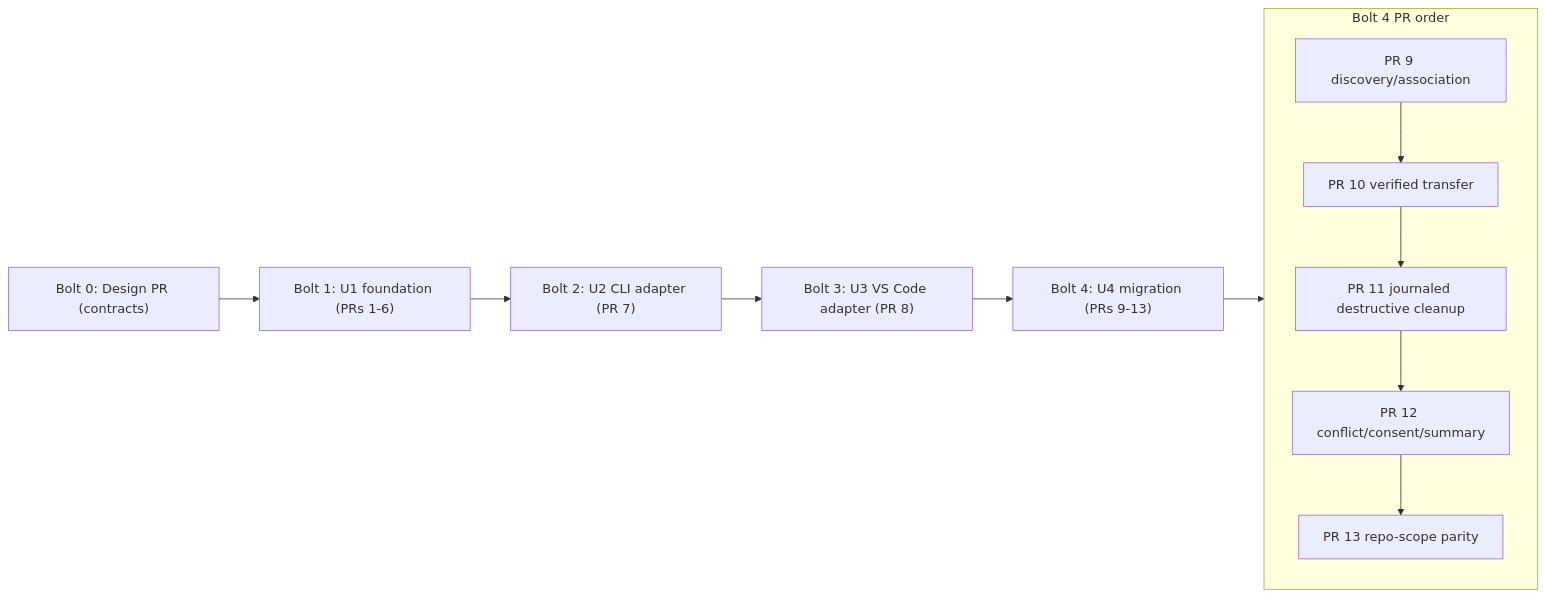
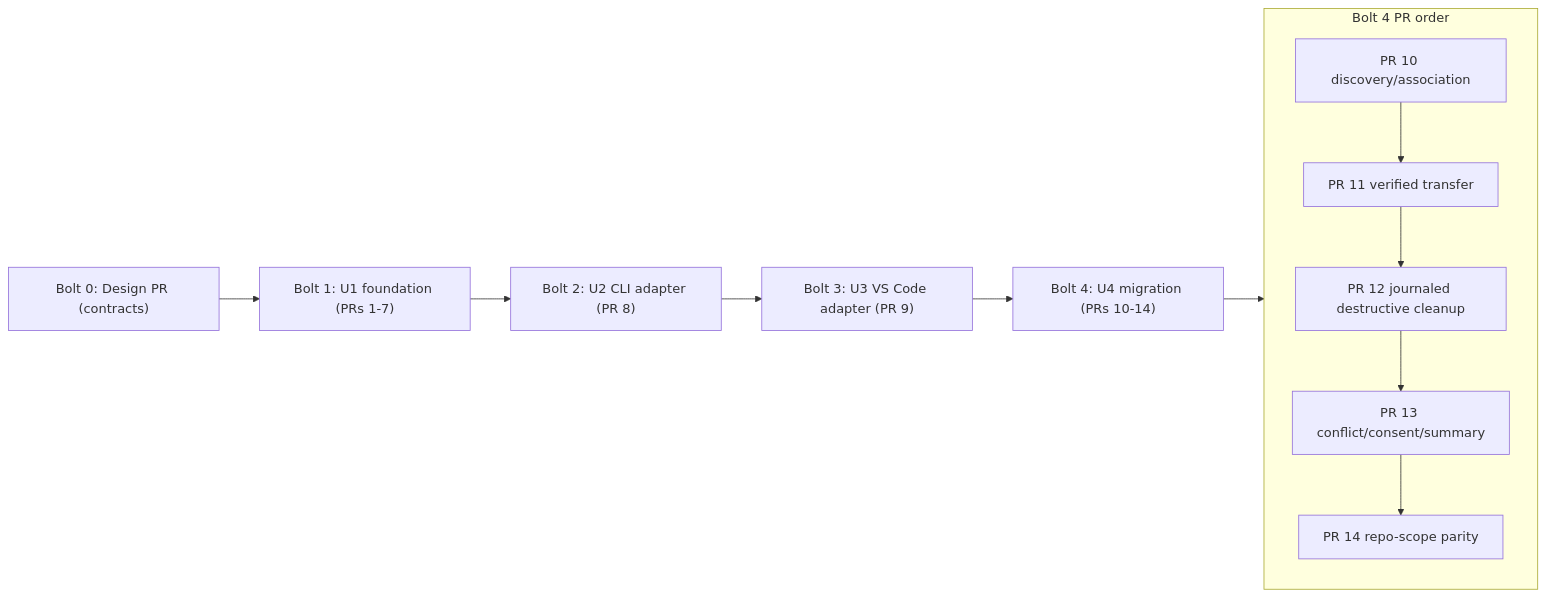
Before and after one commit to gblanc-1a/prompt-registry: the diagram in aidlc/spaces/default/intents/260914-unified-installation/inception/delivery-planning/bolt-plan.md, drawn with Mermaid. The commit also changed other lines of this file and 20 other files, not shown here.

````diff
--- a/aidlc/spaces/default/intents/260914-unified-installation/inception/delivery-planning/bolt-plan.md
+++ b/aidlc/spaces/default/intents/260914-unified-installation/inception/delivery-planning/bolt-plan.md
@@ -171,14 +201,14 @@
 ```mermaid
 flowchart LR
-  B0["Bolt 0: Design PR (contracts)"] --> B1["Bolt 1: U1 foundation (PRs 1-6)"]
-  B1 --> B2["Bolt 2: U2 CLI adapter (PR 7)"]
-  B2 --> B3["Bolt 3: U3 VS Code adapter (PR 8)"]
-  B3 --> B4["Bolt 4: U4 migration (PRs 9-13)"]
+  B0["Bolt 0: Design PR (contracts)"] --> B1["Bolt 1: U1 foundation (PRs 1-7)"]
+  B1 --> B2["Bolt 2: U2 CLI adapter (PR 8)"]
+  B2 --> B3["Bolt 3: U3 VS Code adapter (PR 9)"]
+  B3 --> B4["Bolt 4: U4 migration (PRs 10-14)"]
   subgraph U4PRs["Bolt 4 PR order"]
-    P9["PR 9 discovery/association"] --> P10["PR 10 verified transfer"]
-    P10 --> P11["PR 11 journaled destructive cleanup"]
-    P11 --> P12["PR 12 conflict/consent/summary"]
-    P12 --> P13["PR 13 repo-scope parity"]
+    P10["PR 10 discovery/association"] --> P11["PR 11 verified transfer"]
+    P11 --> P12["PR 12 journaled destructive cleanup"]
+    P12 --> P13["PR 13 conflict/consent/summary"]
+    P13 --> P14["PR 14 repo-scope parity"]
   end
   B4 --> U4PRs
 ```
````
